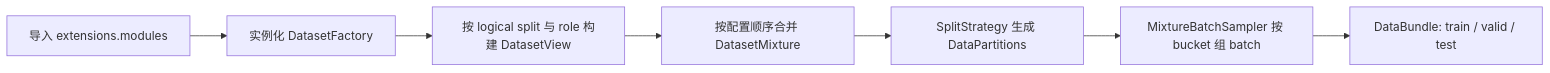
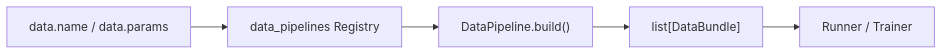
One commit to supermassiveasshole/stochaflow changed the diagram in docs/configuration/data-pipeline.md. Above: the diagram before and after it, drawn with Mermaid. The commit also changed other lines of this file and 43 other files, not shown here.

Commit message:
Refactor modality-neutral data pipeline

````diff
--- a/docs/configuration/data-pipeline.md
+++ b/docs/configuration/data-pipeline.md
@@ -9,9 +7,7 @@
 ```mermaid
 flowchart LR
-    A["导入 extensions.modules"] --> B["实例化 DatasetFactory"]
-    B --> C["按 logical split 与 role 构建 DatasetView"]
-    C --> D["按配置顺序合并 DatasetMixture"]
-    D --> E["SplitStrategy 生成 DataPartitions"]
-    E --> F["MixtureBatchSampler 按 bucket 组 batch"]
-    F --> G["DataBundle: train / valid / test"]
+    A["data.name / data.params"] --> B["data_pipelines Registry"]
+    B --> C["DataPipeline.build()"]
+    C --> D["list[DataBundle]"]
+    D --> E["Runner / Trainer"]
 ```
````
